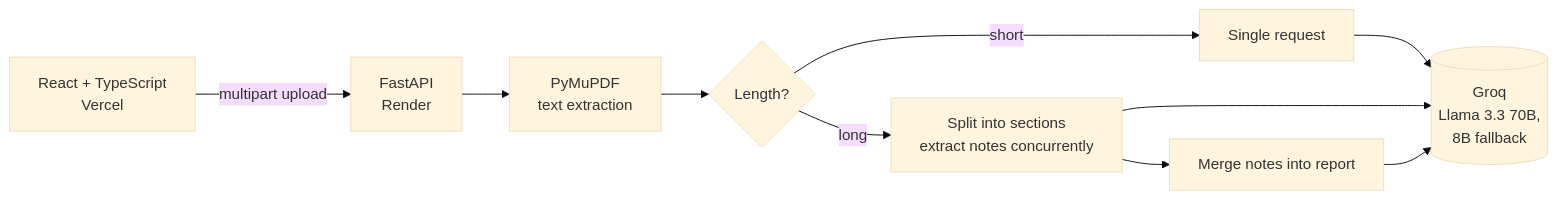
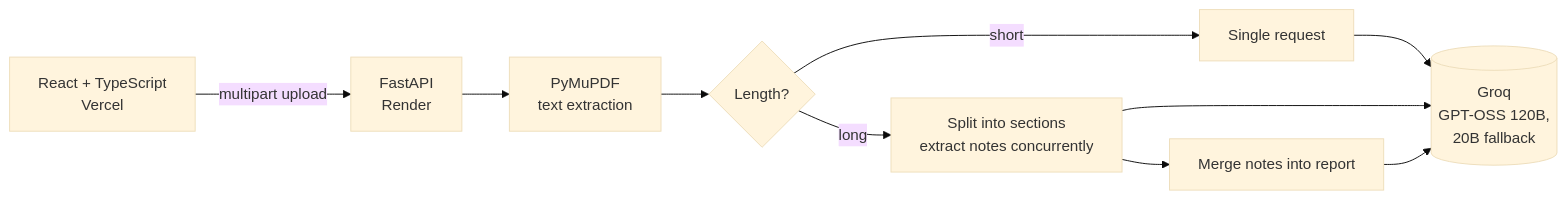
Before and after one commit to stevesss01/Steven-Summarizer: the diagram in README.md, drawn with Mermaid (base theme). The commit also changed other lines of this file and 6 other files, not shown here.

First line of the commit message:
Switch to GPT-OSS models after Groq retired Llama 3.x

````diff
--- a/README.md
+++ b/README.md
@@ -41,12 +41,12 @@
 ```mermaid
 flowchart LR
     UI[React + TypeScript<br/>Vercel] -->|multipart upload| API[FastAPI<br/>Render]
     API --> PDF[PyMuPDF<br/>text extraction]
     PDF --> P{Length?}
     P -->|short| ONE[Single request]
     P -->|long| MAP[Split into sections<br/>extract notes concurrently]
     MAP --> REDUCE[Merge notes into report]
-    ONE --> LLM[(Groq<br/>Llama 3.3 70B,<br/>8B fallback)]
+    ONE --> LLM[(Groq<br/>GPT-OSS 120B,<br/>20B fallback)]
     MAP --> LLM
     REDUCE --> LLM
 ```
````
